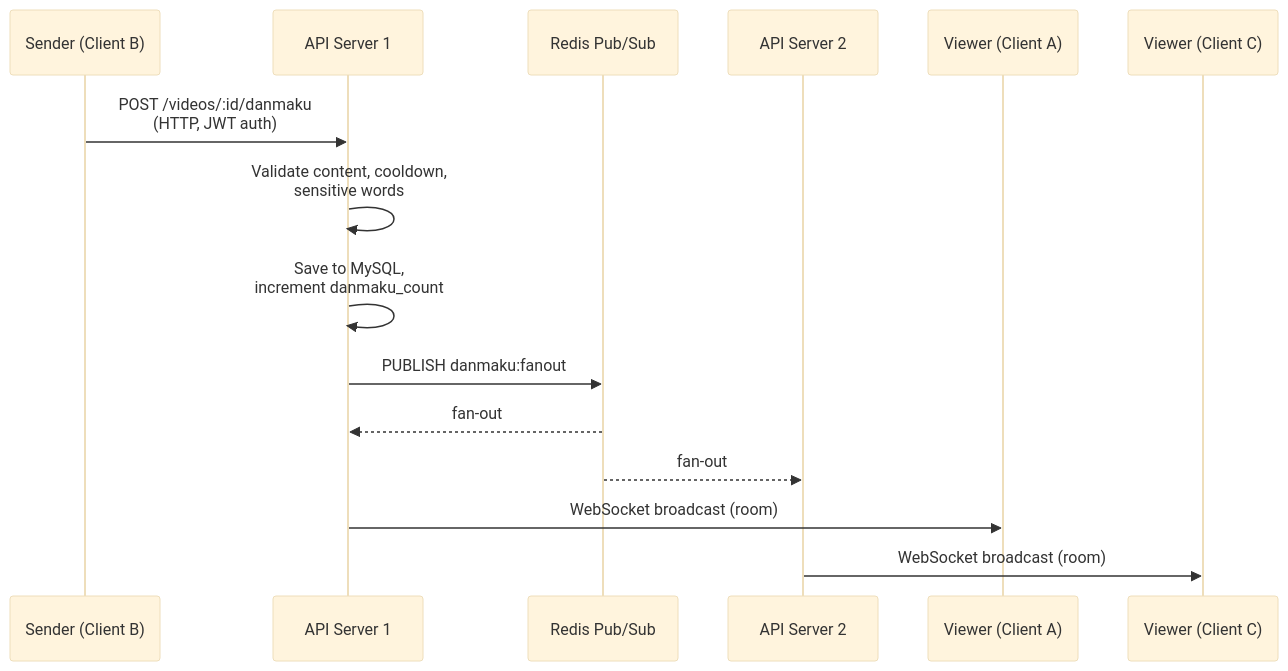
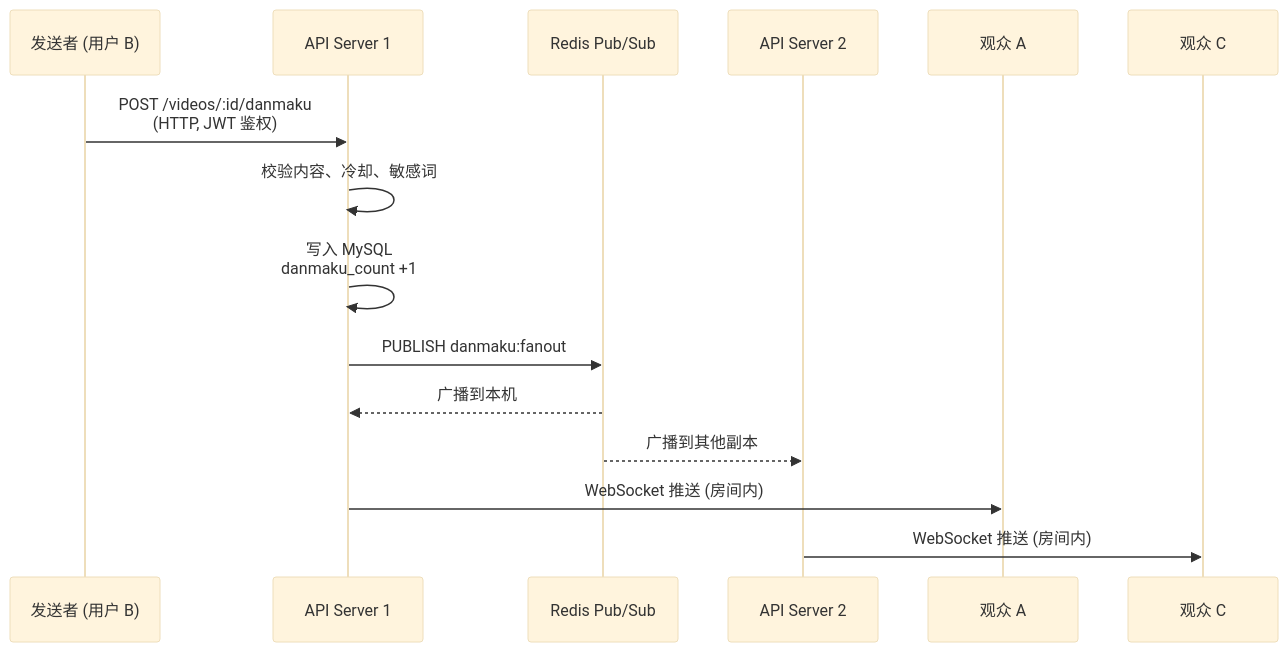
One commit to earthcake2233/cakecake changed the second of 4 diagrams in docs/ARCHITECTURE.md. Above: the diagram before and after it, drawn with Mermaid (base theme). The commit also changed other lines of this file and 2 other files, not shown here.

Commit message:
docs: swap ARCHITECTURE files so .md defaults to Chinese matching README convention

````diff
--- a/docs/ARCHITECTURE.md
+++ b/docs/ARCHITECTURE.md
@@ -77,18 +77,18 @@
 ```mermaid
 sequenceDiagram
-    participant S as Sender (Client B)
+    participant S as 发送者 (用户 B)
     participant API as API Server 1
     participant R as Redis Pub/Sub
     participant API2 as API Server 2
-    participant V1 as Viewer (Client A)
-    participant V2 as Viewer (Client C)
+    participant V1 as 观众 A
+    participant V2 as 观众 C
 
-    S->>API: POST /videos/:id/danmaku<br/>(HTTP, JWT auth)
-    API->>API: Validate content, cooldown,<br/>sensitive words
-    API->>API: Save to MySQL,<br/>increment danmaku_count
+    S->>API: POST /videos/:id/danmaku<br/>(HTTP, JWT 鉴权)
+    API->>API: 校验内容、冷却、敏感词
+    API->>API: 写入 MySQL<br/>danmaku_count +1
     API->>R: PUBLISH danmaku:fanout
-    R-->>API: fan-out
-    R-->>API2: fan-out
-    API->>V1: WebSocket broadcast (room)
-    API2->>V2: WebSocket broadcast (room)
+    R-->>API: 广播到本机
+    R-->>API2: 广播到其他副本
+    API->>V1: WebSocket 推送 (房间内)
+    API2->>V2: WebSocket 推送 (房间内)
 ```
````
